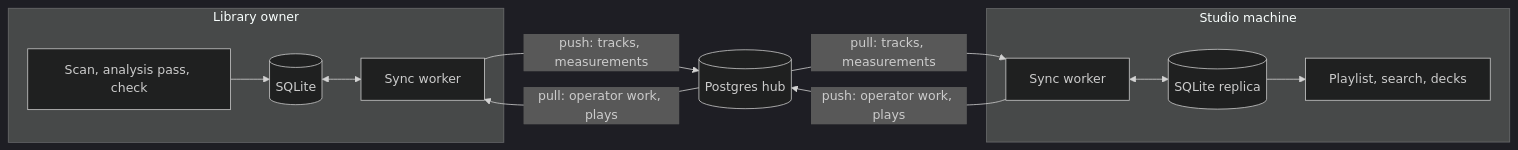
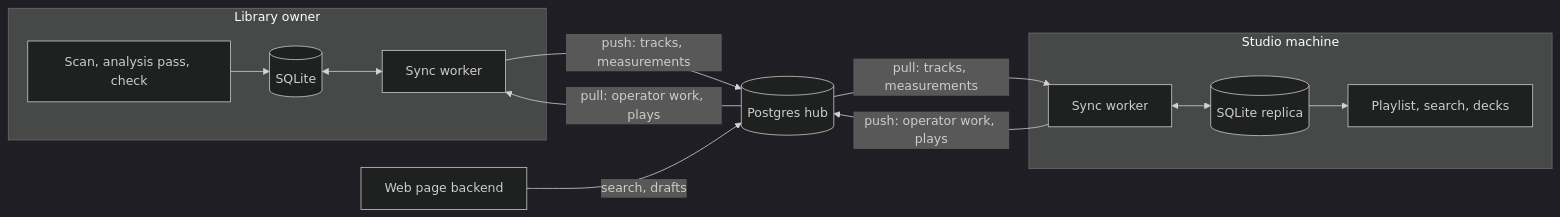
Before and after one commit to Arskah/radiodiodj: the third of 6 diagrams in docs/external-library.md, drawn with Mermaid (dark theme). The commit also changed other lines of this file and 2 other files, not shown here.

First line of the commit message:
docs(external-library): hold every option to the web page's search

````diff
--- a/docs/external-library.md
+++ b/docs/external-library.md
@@ -316,16 +384,17 @@
 ```mermaid
 flowchart LR
   subgraph owner["Library owner"]
     S["Scan, analysis pass, check"] --> ODB[("SQLite")]
     ODB <--> OW["Sync worker"]
   end
   HUB[("Postgres hub")]
   subgraph studio["Studio machine"]
     W["Sync worker"] <--> RDB[("SQLite replica")]
     RDB --> P["Playlist, search, decks"]
   end
   OW -- "push: tracks, measurements" --> HUB
   HUB -- "pull: operator work, plays" --> OW
   HUB -- "pull: tracks, measurements" --> W
   W -- "push: operator work, plays" --> HUB
+  WEB["Web page backend"] -- "search, drafts" --> HUB
 ```
````
